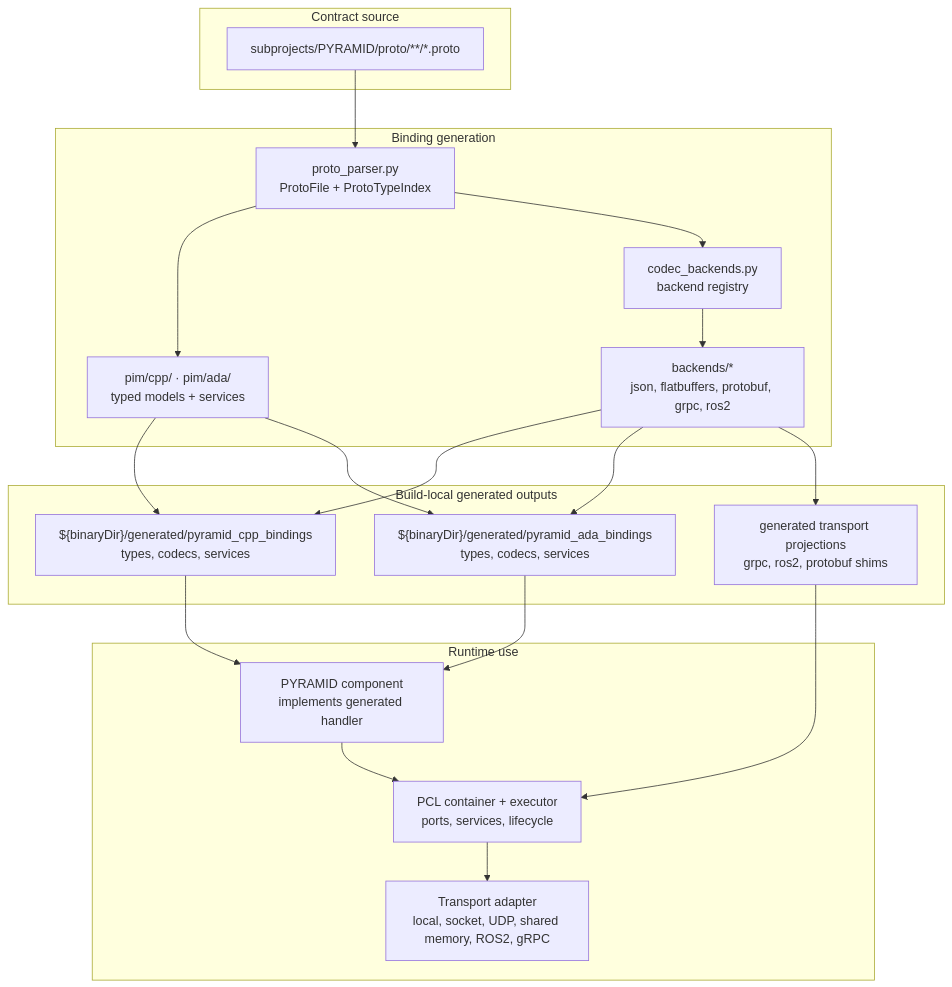
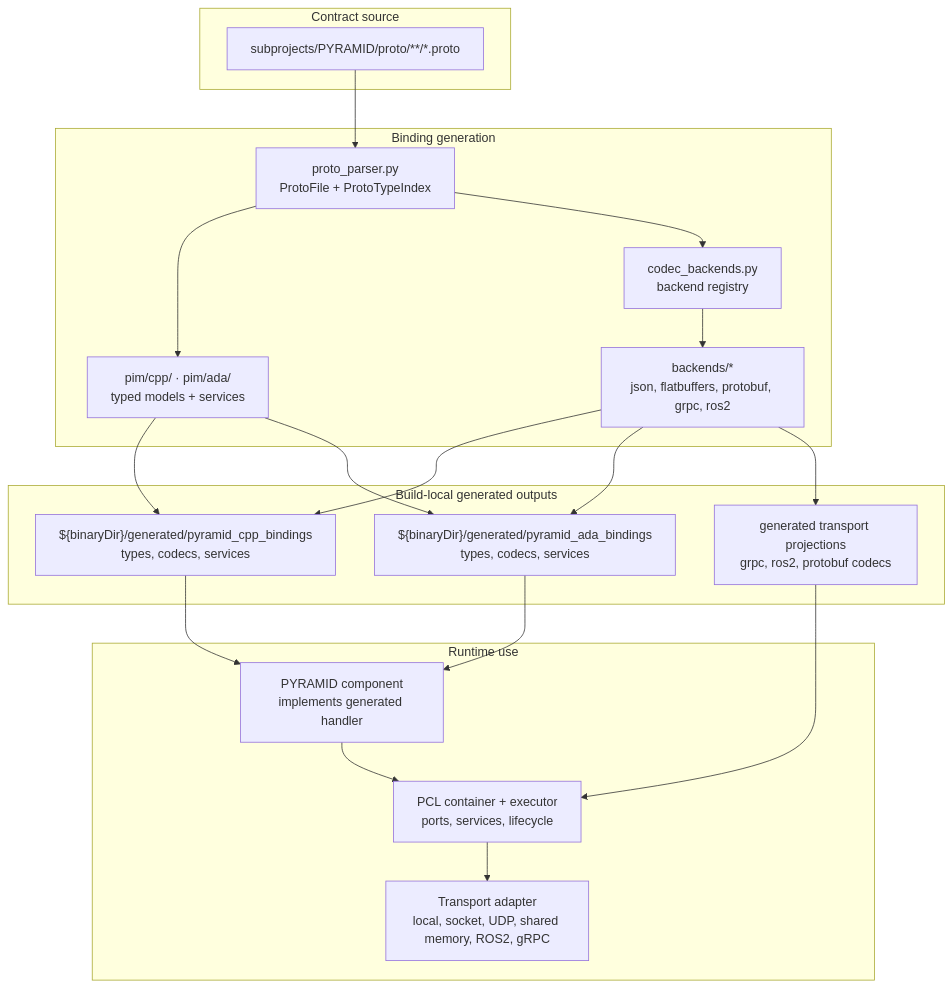
Before and after one commit to Ackoogin/mujin: the first of 5 diagrams in subprojects/PYRAMID/doc/architecture/pcl_pyramid_binding_generation_overview.md, drawn with Mermaid. The commit also changed other lines of this file and 11 other files, not shown here.

````diff
--- a/subprojects/PYRAMID/doc/architecture/pcl_pyramid_binding_generation_overview.md
+++ b/subprojects/PYRAMID/doc/architecture/pcl_pyramid_binding_generation_overview.md
@@ -40,38 +40,38 @@
 ```mermaid
 flowchart TB
   subgraph Contract["Contract source"]
     Proto["subprojects/PYRAMID/proto/**/*.proto"]
   end
 
   subgraph Generator["Binding generation"]
     Parser["proto_parser.py<br/>ProtoFile + ProtoTypeIndex"]
     Lang["pim/cpp/ · pim/ada/<br/>typed models + services"]
     Registry["codec_backends.py<br/>backend registry"]
     Backends["backends/*<br/>json, flatbuffers, protobuf, grpc, ros2"]
   end
 
   subgraph Generated["Build-local generated outputs"]
     Cpp["${binaryDir}/generated/pyramid_cpp_bindings<br/>types, codecs, services"]
     Ada["${binaryDir}/generated/pyramid_ada_bindings<br/>types, codecs, services"]
-    Transport["generated transport projections<br/>grpc, ros2, protobuf shims"]
+    Transport["generated transport projections<br/>grpc, ros2, protobuf codecs"]
   end
 
   subgraph Runtime["Runtime use"]
     Component["PYRAMID component<br/>implements generated handler"]
     Pcl["PCL container + executor<br/>ports, services, lifecycle"]
     Wire["Transport adapter<br/>local, socket, UDP, shared memory, ROS2, gRPC"]
   end
 
   Proto --> Parser --> Lang
   Parser --> Registry --> Backends
   Lang --> Cpp
   Lang --> Ada
   Backends --> Cpp
   Backends --> Ada
   Backends --> Transport
 
   Cpp --> Component
   Ada --> Component
   Transport --> Pcl
   Component --> Pcl --> Wire
 ```
````
